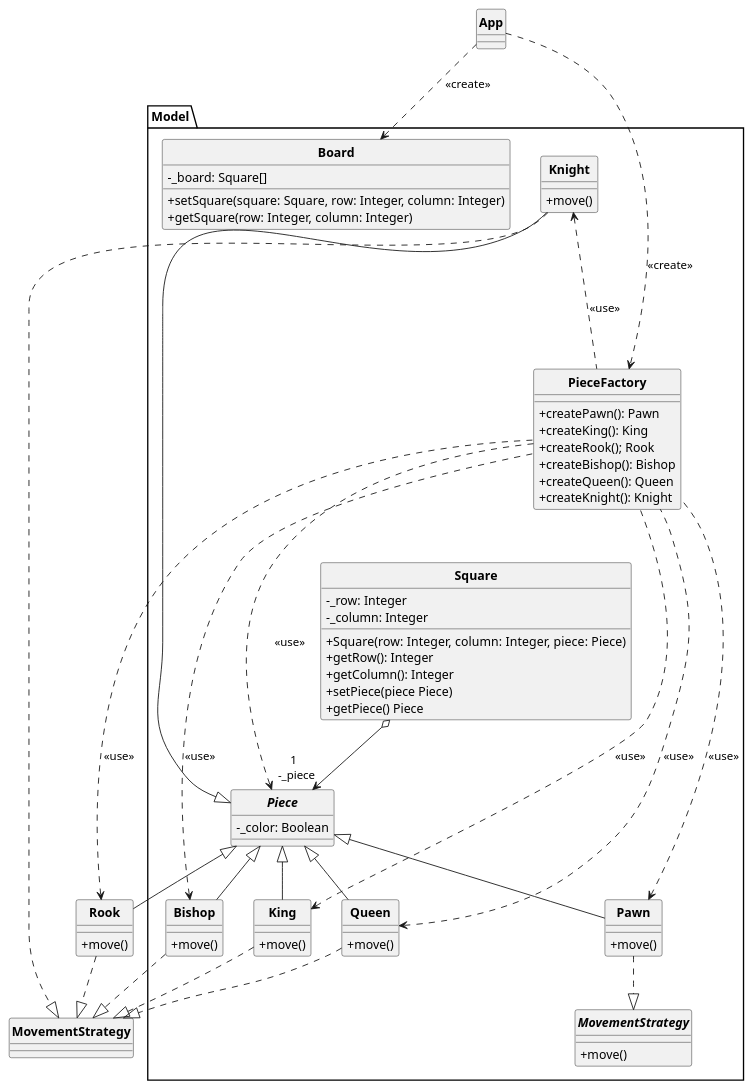
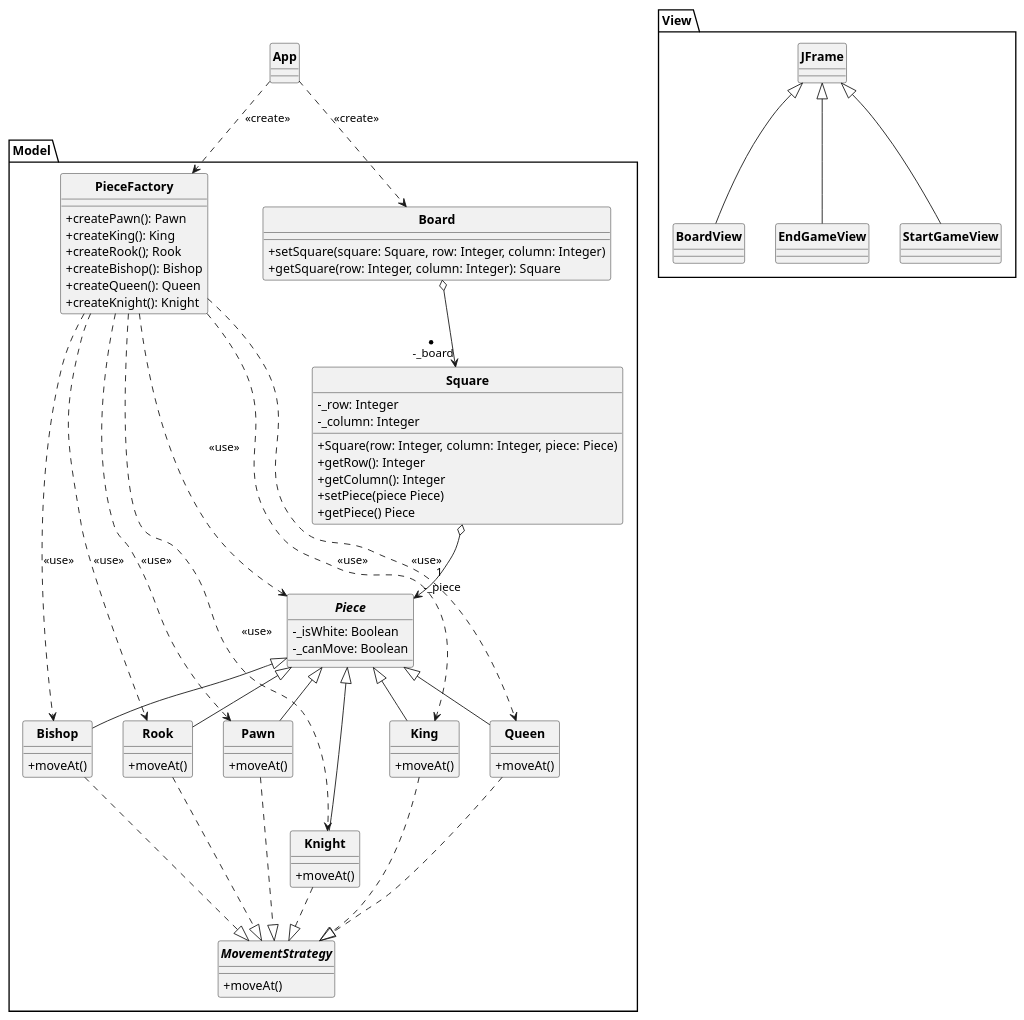
The diagram in UML/Chessgame.puml (MaxDevelo/Chess-Game), drawn with PlantUML before and after one commit. The commit also changed 15 other files, not shown here.

```diff
--- a/UML/Chessgame.puml
+++ b/UML/Chessgame.puml
@@ -1,100 +1,111 @@
 @startuml
 
 skinparam style strictuml
 skinparam classAttributeIconSize 0
 skinparam classFontStyle Bold
 hide enum methods
 
 
 class App{
 
 }
 
 
 package Model{
     class Board{
-    - _board: Square[]
     + setSquare(square: Square, row: Integer, column: Integer)
-    + getSquare(row: Integer, column: Integer)
+    + getSquare(row: Integer, column: Integer): Square
     }
 
     class Square{
     - _row: Integer
     - _column: Integer
     + Square(row: Integer, column: Integer, piece: Piece)
     + getRow(): Integer
     + getColumn(): Integer
     + setPiece(piece Piece)
     + getPiece() Piece
     }
 
-    abstract Piece{
-    - _color: Boolean
-    }
-
     class PieceFactory{
     + createPawn(): Pawn
     + createKing(): King
     + createRook(); Rook
     + createBishop(): Bishop
     + createQueen(): Queen
     + createKnight(): Knight
     }
 
-    interface MovementStrategy{
-    + move()
+    abstract Piece{
+    - _isWhite: Boolean
+    - _canMove: Boolean
     }
 
-    'class Model.Forward extends MovementStrategy{'
-    '+ move()'
-    '}'
+
+    interface MovementStrategy{
+    + moveAt()
+    }
 
     class Pawn{
-    + move()
+    + moveAt()
     }
 
     class King{
-    + move()
+    + moveAt()
     }
 
-    class .Rook{
-    + move()
+    class Rook{
+    + moveAt()
     }
 
     class Bishop{
-    + move()
+    + moveAt()
     }
 
     class Queen{
-    + move()
+    + moveAt()
     }
 
     class Knight{
-    + move()
+    + moveAt()
     }
+
+}
+
+package View{
+class StartGameView extends JFrame{
+
+}
+class  BoardView extends JFrame{
+
+}
+class EndGameView extends JFrame{
+
+}
 }
 
 Square o--> "1 \n -_piece" Piece
+Board o--> "* \n -_board" Square
 App ..> PieceFactory : <<create>>
 App ..> Board : <<create>>
 Pawn ..|> MovementStrategy
-King ..|> .MovementStrategy
+King ..|> MovementStrategy
 Rook ..|> MovementStrategy
 Bishop ..|> MovementStrategy
 Queen ..|> MovementStrategy
 Knight ..|> MovementStrategy
 PieceFactory ...> Piece : <<use>>
 Pawn -u-|> Piece
 King -u-|> Piece
 Rook -u-|> Piece
 Bishop -u-|> Piece
 Queen -u-|> Piece
-Knight -u-|> Piece
-PieceFactory -u..> Pawn : <<use>>
-PieceFactory -u..> King : <<use>>
-PieceFactory -u..> Rook : <<use>>
-PieceFactory -u..> Bishop : <<use>>
-PieceFactory -u..> Queen : <<use>>
-PieceFactory -u..> Knight : <<use>>
+Knight -u--|> Piece
+PieceFactory ..> Pawn : <<use>>
+PieceFactory ..> King : <<use>>
+PieceFactory ..> Rook : <<use>>
+PieceFactory ..> Bishop : <<use>>
+PieceFactory ..> Queen : <<use>>
+PieceFactory ..> Knight : <<use>>
 
 @enduml
```
